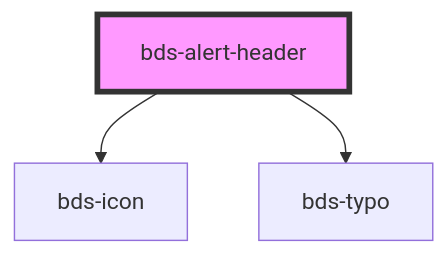
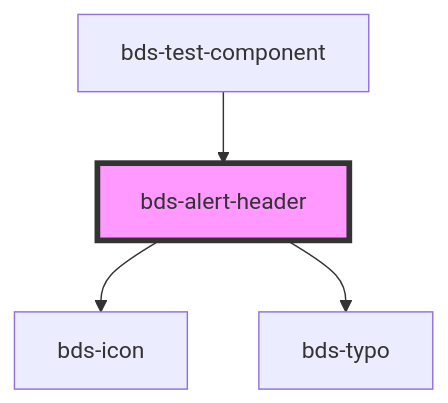
Before and after one commit to takenet/blip-ds: the diagram in src/components/alert/alert-header/readme.md, drawn with Mermaid. The commit also changed other lines of this file and 73 other files, not shown here.

````diff
--- a/src/components/alert/alert-header/readme.md
+++ b/src/components/alert/alert-header/readme.md
@@ -24,6 +28,7 @@
 ```mermaid
 graph TD;
   bds-alert-header --> bds-icon
   bds-alert-header --> bds-typo
+  bds-test-component --> bds-alert-header
   style bds-alert-header fill:#f9f,stroke:#333,stroke-width:4px
 ```
````
